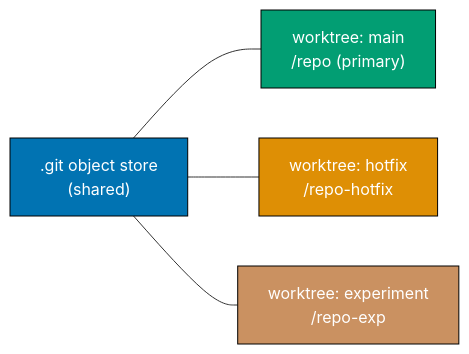
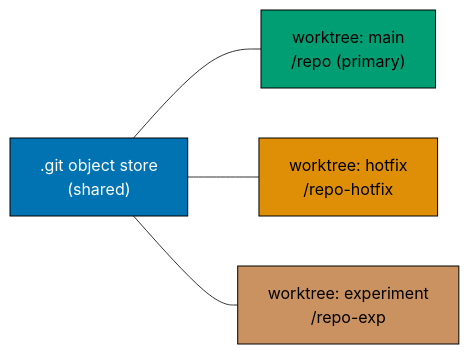
One commit to wahidyankf/ose-public changed the second of 14 diagrams in apps/ayokoding-www/content/en/learn/legacy/software-engineering/automation-tools/git/by-example/advanced.md. Above: the diagram before and after it, drawn with Mermaid. The commit also changed other lines of this file and 131 other files, not shown here.

First line of the commit message:
fix(mermaid): bring the legacy data, infrastructure, and testing diagrams onto the accessible palette

````diff
--- a/apps/ayokoding-www/content/en/learn/legacy/software-engineering/automation-tools/git/by-example/advanced.md
+++ b/apps/ayokoding-www/content/en/learn/legacy/software-engineering/automation-tools/git/by-example/advanced.md
@@ -137,17 +144,24 @@
 ```mermaid
 %% Color Palette: Blue #0173B2, Orange #DE8F05, Teal #029E73, Purple #CC78BC, Brown #CA9161
 graph LR
+    accTitle: Example 60: Git Worktree — Parallel Working Directories
+    accDescr: Graph with 4 nodes and 3 connections. Nodes: .git object store (shared), worktree: main /repo (primary), worktree: hotfix /repo-hotfix, worktree: experiment /repo-exp. Connections: .git object store (shared) to worktree: main /repo (primary), .git object store (shared) to worktree: hotfix /repo-hotfix, .git object store (shared) to worktree: experiment /repo-exp.
     G[".git object store<br/>(shared)"]
     W1["worktree: main<br/>/repo (primary)"]
     W2["worktree: hotfix<br/>/repo-hotfix"]
     W3["worktree: experiment<br/>/repo-exp"]
 
     G --- W1
     G --- W2
     G --- W3
 
-    style G fill:#0173B2,stroke:#000,color:#fff
-    style W1 fill:#029E73,stroke:#000,color:#fff
-    style W2 fill:#DE8F05,stroke:#000,color:#fff
-    style W3 fill:#CA9161,stroke:#000,color:#fff
+    classDef pal-0173B2 fill:#0173B2,stroke:#000000,color:#FFFFFF
+    class G pal-0173B2
+    classDef pal-029E73 fill:#029E73,stroke:#000000,color:#000000
+    class W1 pal-029E73
+    classDef pal-DE8F05 fill:#DE8F05,stroke:#000000,color:#000000
+    class W2 pal-DE8F05
+    classDef pal-CA9161 fill:#CA9161,stroke:#000000,color:#000000
+    class W3 pal-CA9161
+    classDef default fill:#FFFFFF,stroke:#000000,color:#000000
 ```
````
